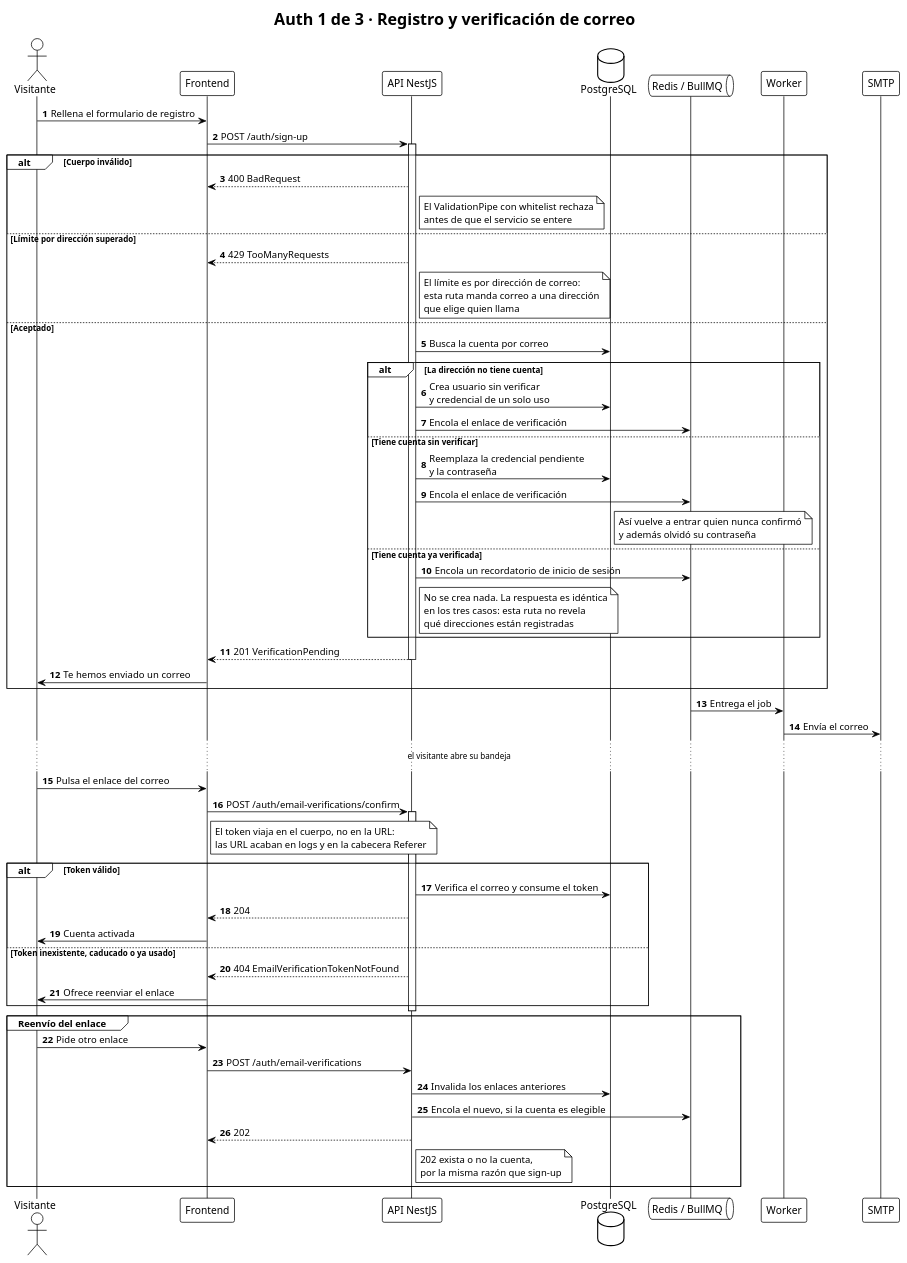
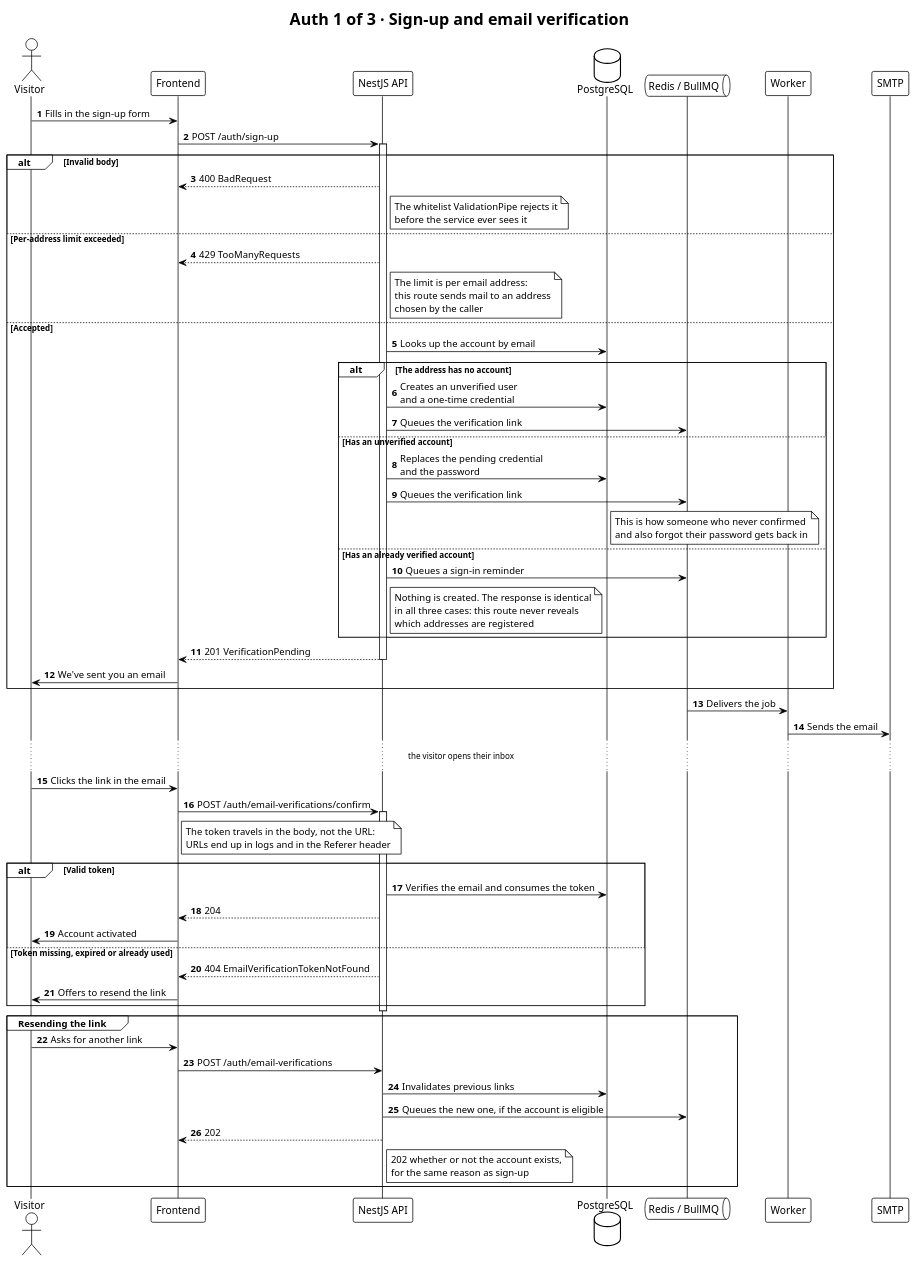
One commit to fabianespinoza-ravn/tshirt-store-api changed the diagram in docs/flows/01-auth-signup.puml. Above: the diagram before and after it, drawn with PlantUML. The commit also changed 10 other files, not shown here.

First line of the commit message:
docs(flows): translate PlantUML diagram content to English

```diff
--- a/docs/flows/01-auth-signup.puml
+++ b/docs/flows/01-auth-signup.puml
@@ -1,71 +1,71 @@
 @startuml
 !theme plain
-title Auth 1 de 3 · Registro y verificación de correo
+title Auth 1 of 3 · Sign-up and email verification
 autonumber
 skinparam responseMessageBelowArrow true
 
-actor  "Visitante"    as U
+actor  "Visitor"    as U
 participant "Frontend" as F
-participant "API NestJS" as A
+participant "NestJS API" as A
 database "PostgreSQL" as DB
 queue "Redis / BullMQ" as Q
 participant "Worker" as W
 participant "SMTP" as M
 
-U -> F : Rellena el formulario de registro
+U -> F : Fills in the sign-up form
 F -> A : POST /auth/sign-up
 activate A
 
-alt Cuerpo inválido
+alt Invalid body
   A --> F : 400 BadRequest
-  note right of A : El ValidationPipe con whitelist rechaza\nantes de que el servicio se entere
-else Límite por dirección superado
+  note right of A : The whitelist ValidationPipe rejects it\nbefore the service ever sees it
+else Per-address limit exceeded
   A --> F : 429 TooManyRequests
-  note right of A : El límite es por dirección de correo:\nesta ruta manda correo a una dirección\nque elige quien llama
-else Aceptado
-  A -> DB : Busca la cuenta por correo
-  alt La dirección no tiene cuenta
-    A -> DB : Crea usuario sin verificar\ny credencial de un solo uso
-    A -> Q : Encola el enlace de verificación
-  else Tiene cuenta sin verificar
-    A -> DB : Reemplaza la credencial pendiente\ny la contraseña
-    A -> Q : Encola el enlace de verificación
-    note right of DB : Así vuelve a entrar quien nunca confirmó\ny además olvidó su contraseña
-  else Tiene cuenta ya verificada
-    A -> Q : Encola un recordatorio de inicio de sesión
-    note right of A : No se crea nada. La respuesta es idéntica\nen los tres casos: esta ruta no revela\nqué direcciones están registradas
+  note right of A : The limit is per email address:\nthis route sends mail to an address\nchosen by the caller
+else Accepted
+  A -> DB : Looks up the account by email
+  alt The address has no account
+    A -> DB : Creates an unverified user\nand a one-time credential
+    A -> Q : Queues the verification link
+  else Has an unverified account
+    A -> DB : Replaces the pending credential\nand the password
+    A -> Q : Queues the verification link
+    note right of DB : This is how someone who never confirmed\nand also forgot their password gets back in
+  else Has an already verified account
+    A -> Q : Queues a sign-in reminder
+    note right of A : Nothing is created. The response is identical\nin all three cases: this route never reveals\nwhich addresses are registered
   end
   A --> F : 201 VerificationPending
   deactivate A
-  F -> U : Te hemos enviado un correo
+  F -> U : We've sent you an email
 end
 
-Q -> W : Entrega el job
-W -> M : Envía el correo
+Q -> W : Delivers the job
+W -> M : Sends the email
 
-... el visitante abre su bandeja ...
+... the visitor opens their inbox ...
 
-U -> F : Pulsa el enlace del correo
+U -> F : Clicks the link in the email
 F -> A : POST /auth/email-verifications/confirm
-note right of F : El token viaja en el cuerpo, no en la URL:\nlas URL acaban en logs y en la cabecera Referer
+note right of F : The token travels in the body, not the URL:\nURLs end up in logs and in the Referer header
 activate A
-alt Token válido
-  A -> DB : Verifica el correo y consume el token
+alt Valid token
+  A -> DB : Verifies the email and consumes the token
   A --> F : 204
-  F -> U : Cuenta activada
-else Token inexistente, caducado o ya usado
+  F -> U : Account activated
+else Token missing, expired or already used
   A --> F : 404 EmailVerificationTokenNotFound
-  F -> U : Ofrece reenviar el enlace
+  F -> U : Offers to resend the link
 end
 deactivate A
 
-group Reenvío del enlace
-  U -> F : Pide otro enlace
+group Resending the link
+  U -> F : Asks for another link
   F -> A : POST /auth/email-verifications
-  A -> DB : Invalida los enlaces anteriores
-  A -> Q : Encola el nuevo, si la cuenta es elegible
+  A -> DB : Invalidates previous links
+  A -> Q : Queues the new one, if the account is eligible
   A --> F : 202
-  note right of A : 202 exista o no la cuenta,\npor la misma razón que sign-up
+  note right of A : 202 whether or not the account exists,\nfor the same reason as sign-up
 end
 
 @enduml
```
